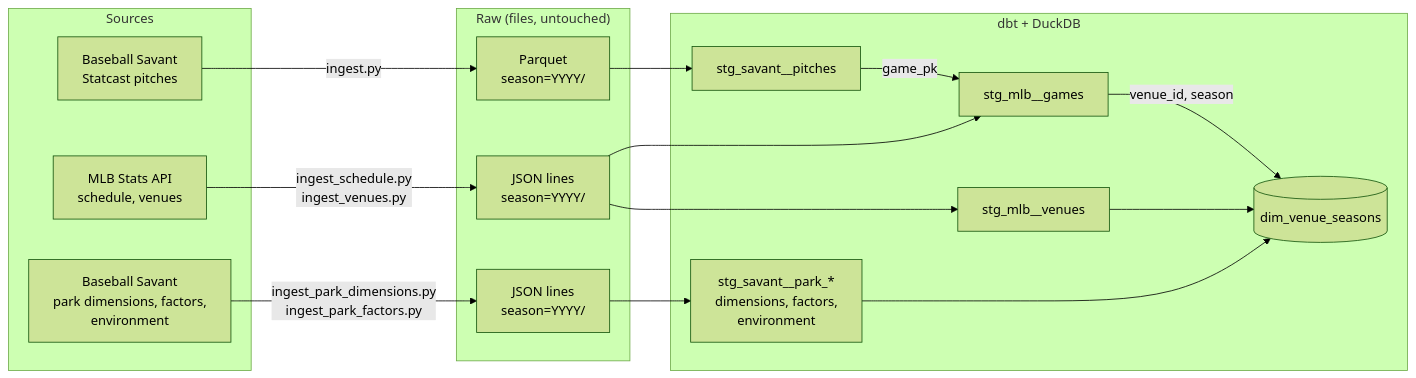
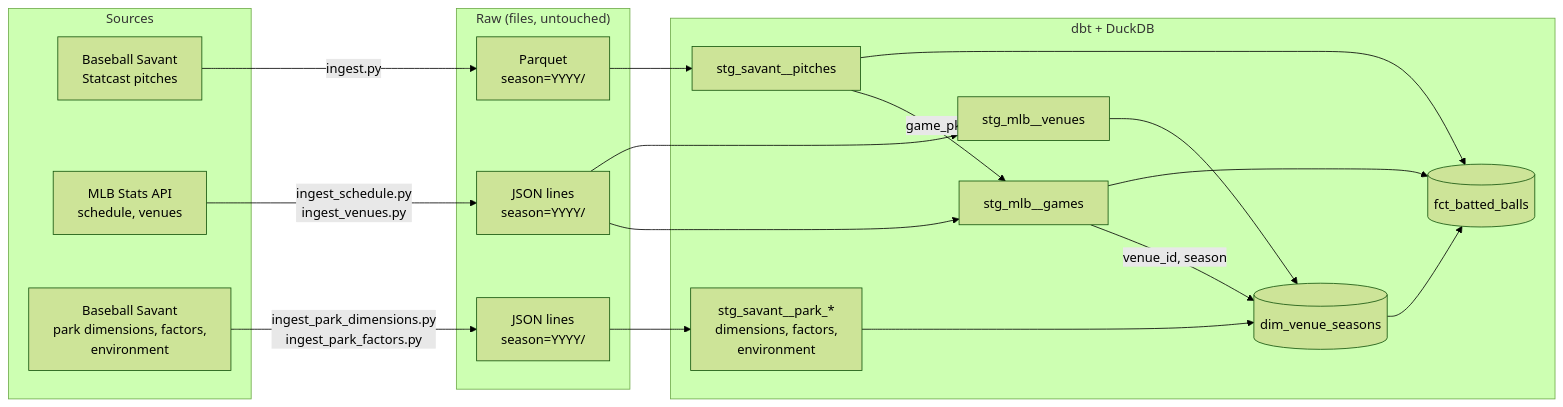
One commit to jromer242/statcast changed the diagram in README.md. Above: the diagram before and after it, drawn with Mermaid (forest theme). The commit also changed other lines of this file and 8 other files, not shown here.

First line of the commit message:
Add incremental fct_batted_balls mart with spray angle and wall geometry

````diff
--- a/README.md
+++ b/README.md
@@ -13,26 +13,28 @@
 ```mermaid
 flowchart LR
     subgraph Sources
         BS[Baseball Savant<br/>Statcast pitches]
         API[MLB Stats API<br/>schedule, venues]
         PD[Baseball Savant<br/>park dimensions, factors,<br/>environment]
     end
     subgraph "Raw (files, untouched)"
         R1[Parquet<br/>season=YYYY/]
         R2[JSON lines<br/>season=YYYY/]
         R3[JSON lines<br/>season=YYYY/]
     end
     subgraph "dbt + DuckDB"
         S1[stg_savant__pitches]
         S2[stg_mlb__games]
         S3[stg_mlb__venues]
         S4[stg_savant__park_*<br/>dimensions, factors,<br/>environment]
         M1[(dim_venue_seasons)]
+        M2[(fct_batted_balls)]
     end
     BS -->|ingest.py| R1 --> S1
     API -->|ingest_schedule.py<br/>ingest_venues.py| R2 --> S2 & S3
     PD -->|ingest_park_dimensions.py<br/>ingest_park_factors.py| R3 --> S4
     S3 & S4 --> M1
     S1 -- game_pk --> S2
     S2 -- "venue_id, season" --> M1
+    S1 & S2 & M1 --> M2
 ```
````
